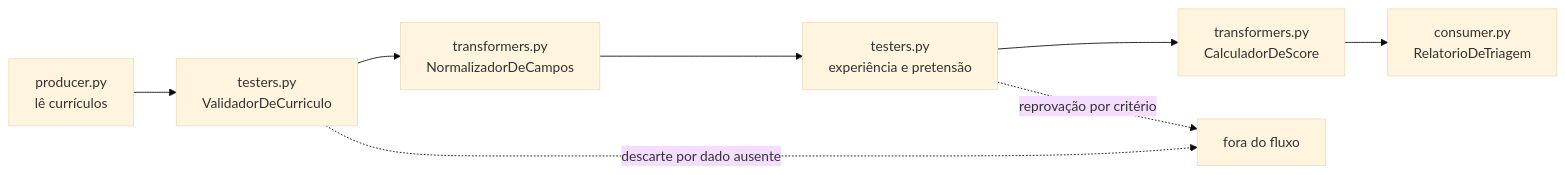
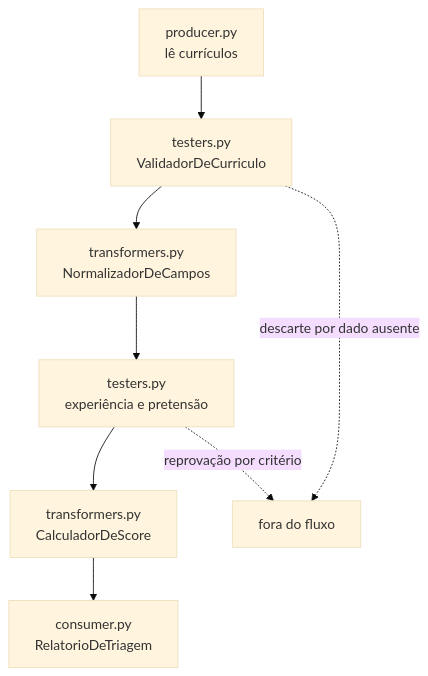
One commit to marco-mendes/arquitetura-software changed the second of 3 diagrams in docs/modulo-1-visao-geral/oficina-de-ferramentas.md. Above: the diagram before and after it, drawn with Mermaid (base theme). The commit also changed 15 other files, not shown here.

````diff
--- a/docs/modulo-1-visao-geral/oficina-de-ferramentas.md
+++ b/docs/modulo-1-visao-geral/oficina-de-ferramentas.md
@@ -410,10 +410,10 @@
 ```mermaid
-flowchart LR
+flowchart TB
     P[producer.py<br/>lê currículos] --> V[testers.py<br/>ValidadorDeCurriculo]
     V --> N[transformers.py<br/>NormalizadorDeCampos]
     N --> F[testers.py<br/>experiência e pretensão]
     F --> S[transformers.py<br/>CalculadorDeScore]
     S --> C[consumer.py<br/>RelatorioDeTriagem]
     V -. descarte por dado ausente .-> X[fora do fluxo]
     F -. reprovação por critério .-> X
 ```
````
